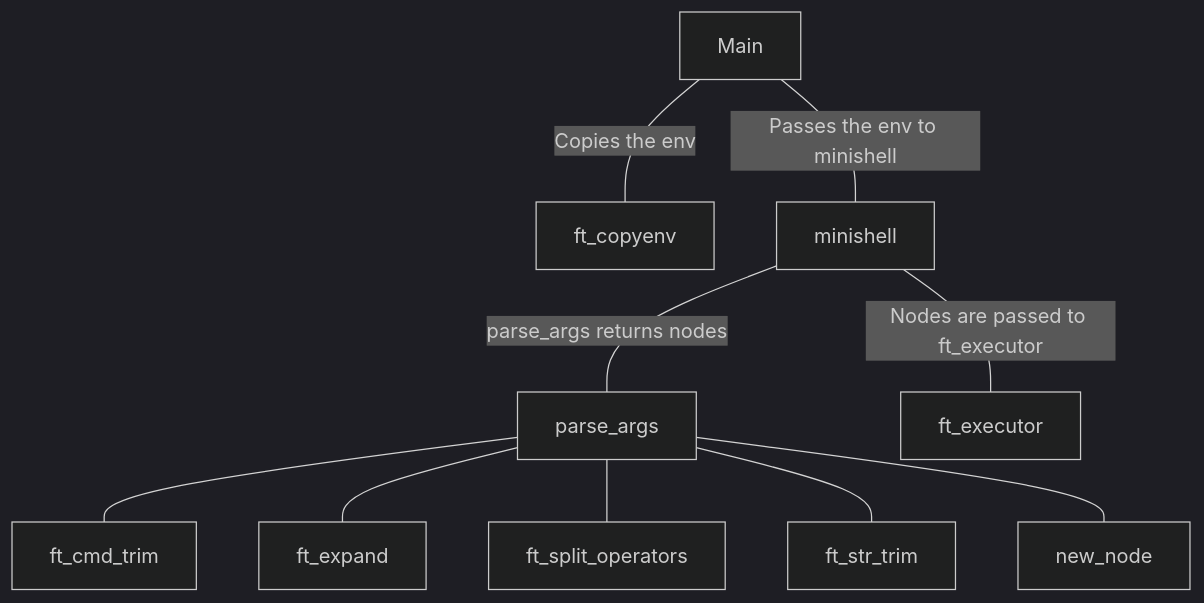
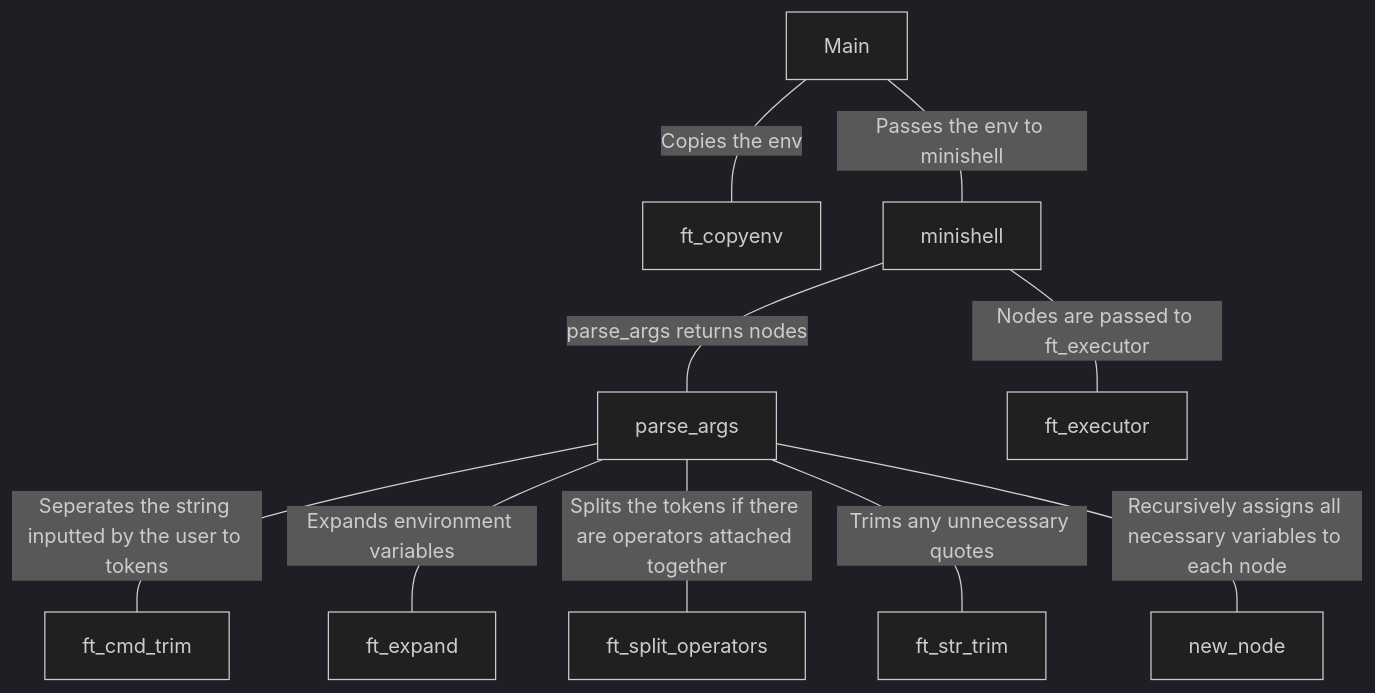
Before and after one commit to DeRuina/minishell: the diagram in README.md, drawn with Mermaid (dark theme).

Commit message:
Update README.md
description added

````diff
--- a/README.md
+++ b/README.md
@@ -6,12 +6,12 @@
 ```mermaid
 flowchart TD
     A --- |Copies the env| B[ft_copyenv]
     A[Main] --- |Passes the env to minishell| C[minishell]
     C --- |parse_args returns nodes| D[parse_args]
-    D --- E[ft_cmd_trim]
-    D --- F[ft_expand]
-    D --- G[ft_split_operators]
-    D --- H[ft_str_trim]
-    D --- I[new_node]
+    D --- |Seperates the string inputted by the user to tokens|E[ft_cmd_trim]
+    D --- |Expands environment variables|F[ft_expand]
+    D --- |Splits the tokens if there are operators attached together|G[ft_split_operators]
+    D --- |Trims any unnecessary quotes|H[ft_str_trim]
+    D --- |Recursively assigns all necessary variables to each node|I[new_node]
     C --- |Nodes are passed to ft_executor| J[ft_executor]
 ```
````
